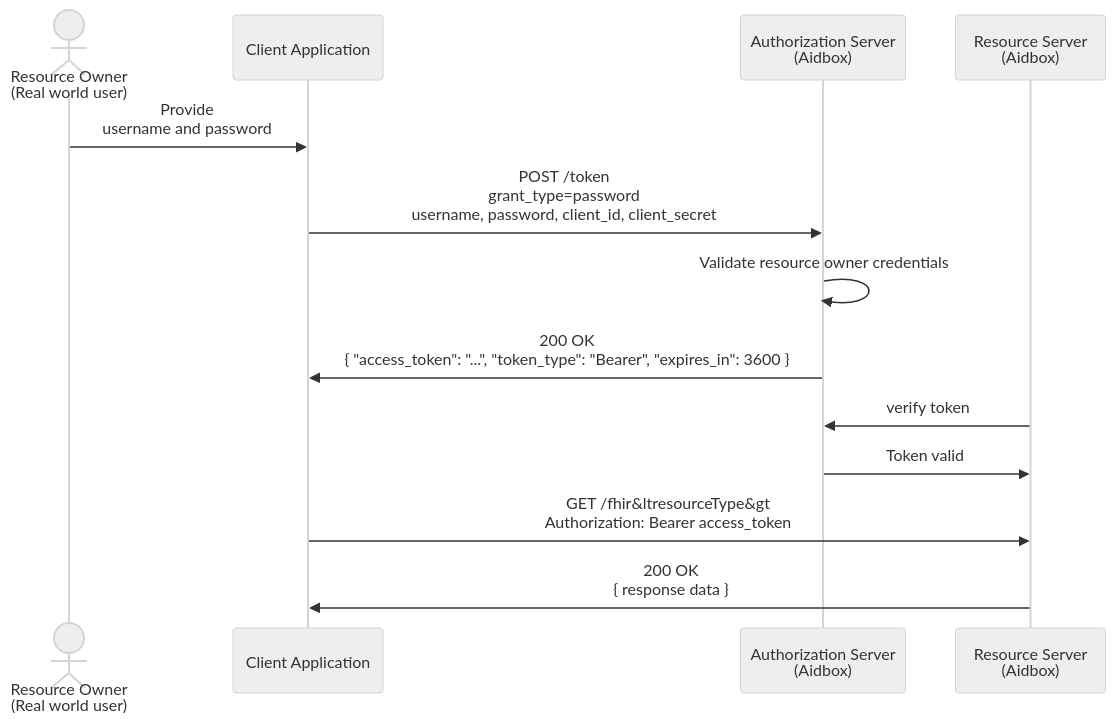
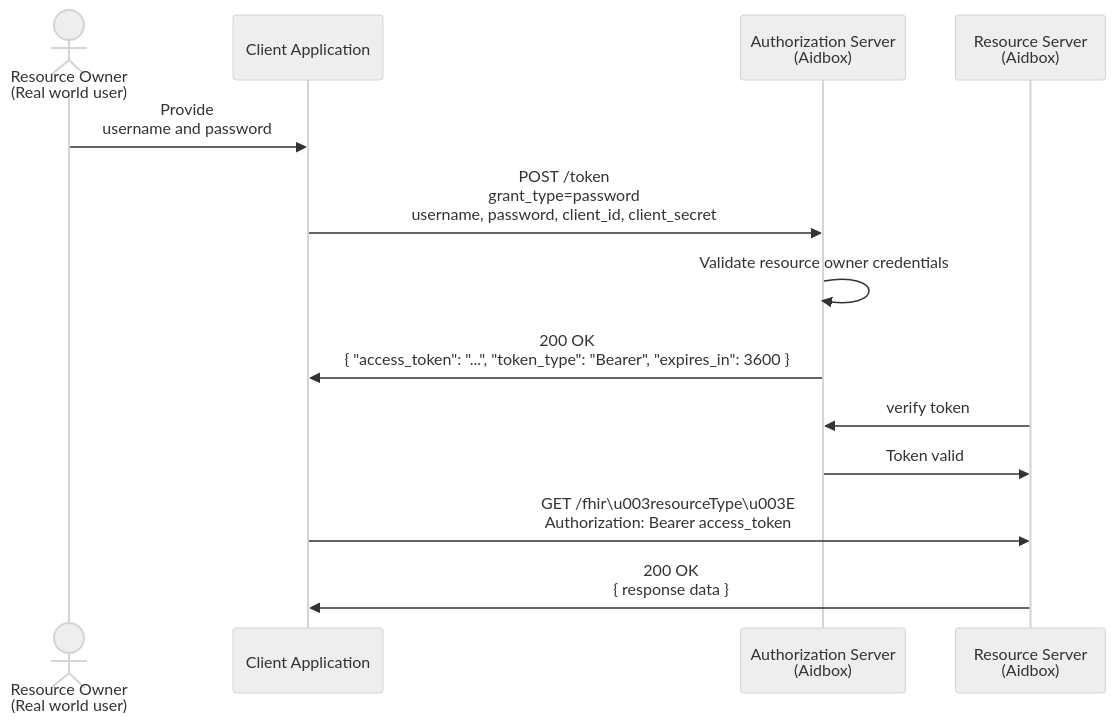
The third of 4 diagrams in docs/access-control/authentication/oauth-2-0.md (HealthSamurai/documentation), drawn with Mermaid (neutral theme) before and after one commit. The commit also changed other lines of this file, not shown here.

````diff
--- a/docs/access-control/authentication/oauth-2-0.md
+++ b/docs/access-control/authentication/oauth-2-0.md
@@ -67,16 +67,16 @@
 ```mermaid fullWidth="true"
 sequenceDiagram
   actor RO as Resource Owner<br>(Real world user)
   participant ClientApp as Client Application
   participant AS as Authorization Server<br>(Aidbox)
   participant RS as Resource Server<br>(Aidbox)
 
   RO->>ClientApp: Provide<br>username and password
   ClientApp->>AS: POST /token<br/>grant_type=password<br/>username, password, client_id, client_secret
   AS->>AS: Validate resource owner credentials
   AS->>ClientApp: 200 OK<br/>{ "access_token": "...", "token_type": "Bearer", "expires_in": 3600 }
   RS ->> AS: verify token
   AS ->> RS: Token valid
-  ClientApp->>RS: GET /fhir&ltresourceType&gt<br/>Authorization: Bearer access_token
+  ClientApp->>RS: GET /fhir\u003resourceType\u003E<br/>Authorization: Bearer access_token
   RS->>ClientApp: 200 OK<br/>{ response data }
 ```
````
